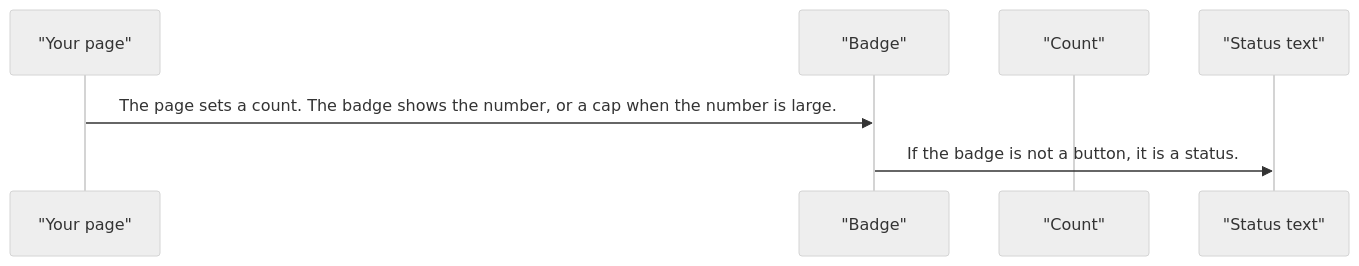
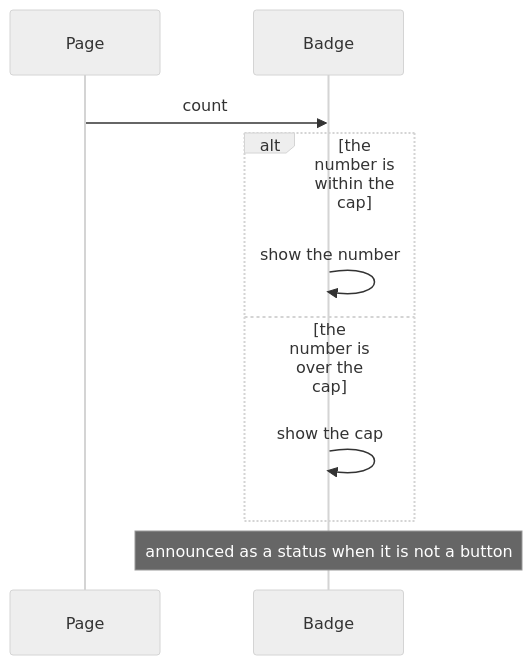
Before and after one commit to RajshekharBorate/pixel-ui: the second of 3 diagrams in projects/pixel-ui/src/lib/pixel-badge/DESIGN.md, drawn with Mermaid (neutral theme). The commit also changed other lines of this file and 73 other files, not shown here.

Commit message:
Explain who owns each value and what each flow does in every component and service design.

````diff
--- a/projects/pixel-ui/src/lib/pixel-badge/DESIGN.md
+++ b/projects/pixel-ui/src/lib/pixel-badge/DESIGN.md
@@ -48,9 +60,12 @@
 ```mermaid
 sequenceDiagram
-  participant page as "Your page"
-  participant badge as "Badge"
-  participant count as "Count"
-  participant live as "Status text"
-  page->>badge: The page sets a count. The badge shows the number, or a cap when the number is large.
-  badge->>live: If the badge is not a button, it is a status.
+  participant Page
+  participant Badge
+  Page->>Badge: count
+  alt the number is within the cap
+    Badge->>Badge: show the number
+  else the number is over the cap
+    Badge->>Badge: show the cap
+  end
+  Note over Badge: announced as a status when it is not a button
 ```
````
